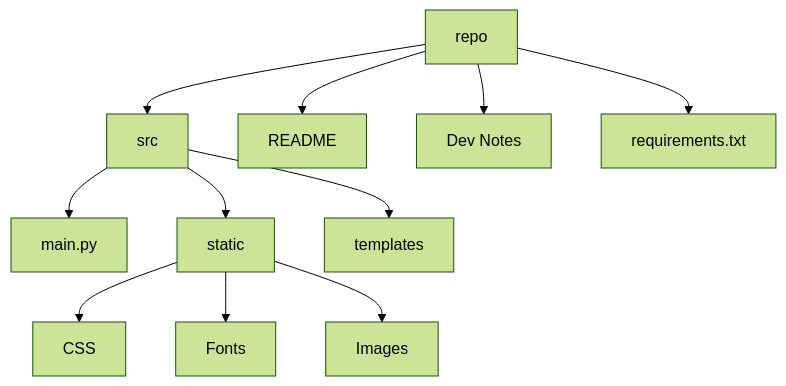
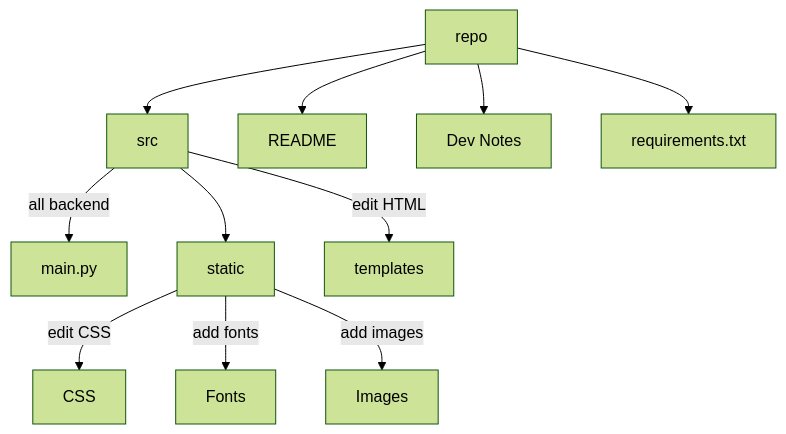
Before and after one commit to cmadajski/niner_miner: the diagram in dev_notes.md, drawn with Mermaid (forest theme).

Commit message:
test mermaid diagram #5

````diff
--- a/dev_notes.md
+++ b/dev_notes.md
@@ -7,13 +7,13 @@
 ```mermaid
 flowchart TD
   A[repo] --> B[src];
   A[repo] --> C[README];
   A[repo] --> D[Dev Notes];
   A[repo] --> E[requirements.txt];
-  B[src] --> F[main.py];
+  B[src] -- all backend --> F[main.py];
   B[src] --> G[static];
-  B[src] --> H[templates];
-  G[static] --> I[CSS];
-  G[static] --> J[Fonts];
-  G[static] --> K[Images];
+  B[src] -- edit HTML --> H[templates];
+  G[static] -- edit CSS --> I[CSS];
+  G[static] -- add fonts --> J[Fonts];
+  G[static] -- add images --> K[Images];
 ```
````
